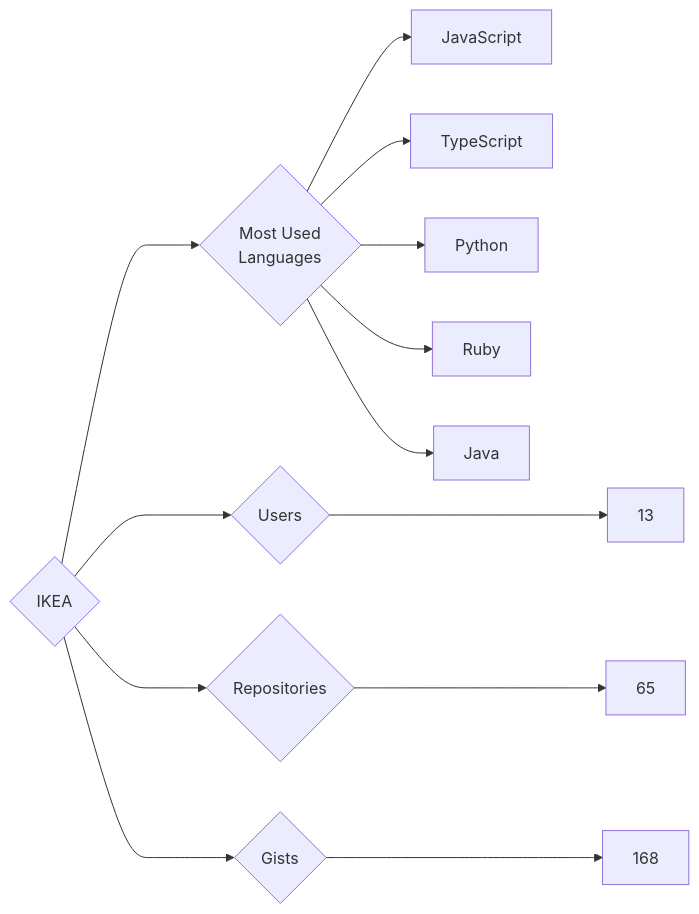
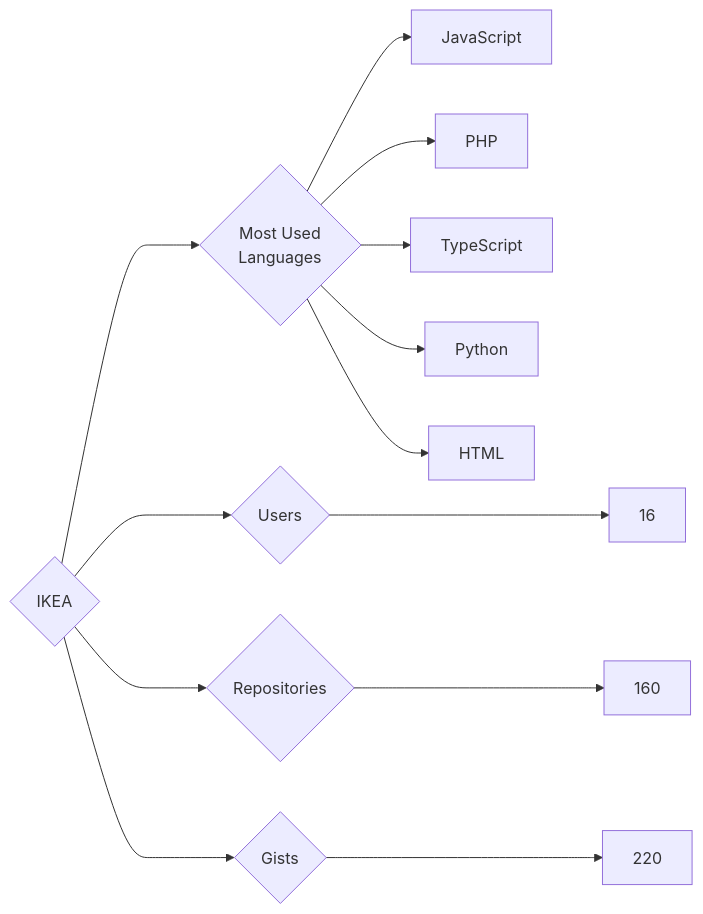
The diagram in targets/IKEA/README.md (trickest/insiders), drawn with Mermaid before and after one commit. The commit also changed 891 other files, not shown here.

````diff
--- a/targets/IKEA/README.md
+++ b/targets/IKEA/README.md
@@ -3,13 +3,13 @@
 ```mermaid
 graph LR
 COMPANY_NAME{IKEA}
-COMPANY_NAME ---> U{Users} ---> UN[13]
-COMPANY_NAME ---> R{Repositories} ---> RN[65]
-COMPANY_NAME ---> G{Gists} ---> GN[168]
+COMPANY_NAME ---> U{Users} ---> UN[16]
+COMPANY_NAME ---> R{Repositories} ---> RN[160]
+COMPANY_NAME ---> G{Gists} ---> GN[220]
 COMPANY_NAME ---> ML{Most Used<br>Languages}
 ML --> JavaScript[JavaScript]
+ML --> PHP[PHP]
 ML --> TypeScript[TypeScript]
 ML --> Python[Python]
-ML --> Ruby[Ruby]
-ML --> Java[Java]
+ML --> HTML[HTML]
 ```
````
